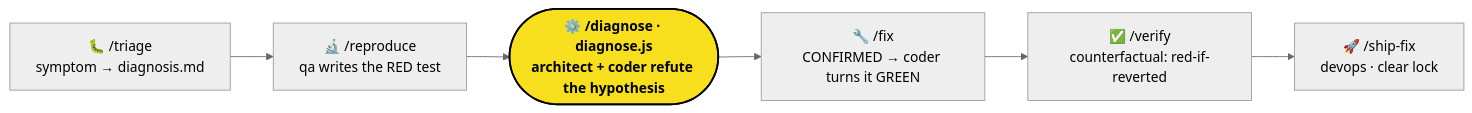
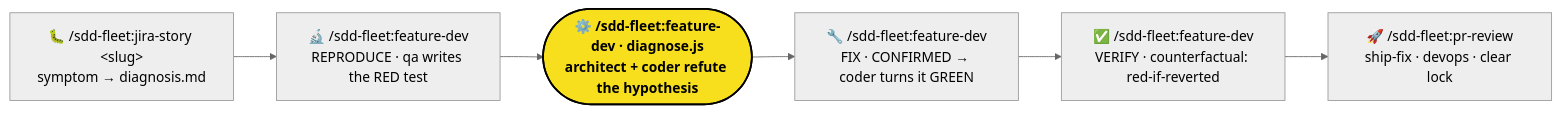
The sixth of 7 diagrams in README.md (rocar/sdd-fleet), drawn with Mermaid (neutral theme) before and after one commit. The commit also changed other lines of this file and 2 other files, not shown here.

````diff
--- a/README.md
+++ b/README.md
@@ -351,11 +425,11 @@
 ```mermaid
 flowchart LR
-    T["🐛 /triage<br/>symptom → diagnosis.md"] --> RP["🔬 /reproduce<br/>qa writes the RED test"]
-    RP --> DG(["⚙️ /diagnose · diagnose.js<br/>architect + coder refute the hypothesis"])
-    DG --> FX["🔧 /fix<br/>CONFIRMED → coder turns it GREEN"]
-    FX --> VF["✅ /verify<br/>counterfactual: red-if-reverted"]
-    VF --> SH["🚀 /ship-fix<br/>devops · clear lock"]
+    T["🐛 /sdd-fleet:jira-story &lt;slug&gt;<br/>symptom → diagnosis.md"] --> RP["🔬 /sdd-fleet:feature-dev<br/>REPRODUCE · qa writes the RED test"]
+    RP --> DG(["⚙️ /sdd-fleet:feature-dev · diagnose.js<br/>architect + coder refute the hypothesis"])
+    DG --> FX["🔧 /sdd-fleet:feature-dev<br/>FIX · CONFIRMED → coder turns it GREEN"]
+    FX --> VF["✅ /sdd-fleet:feature-dev<br/>VERIFY · counterfactual: red-if-reverted"]
+    VF --> SH["🚀 /sdd-fleet:pr-review<br/>ship-fix · devops · clear lock"]
 
     classDef js fill:#f7df1e,color:#000,stroke:#000,stroke-width:2px,font-weight:bold;
     class DG js;
 ```
````
